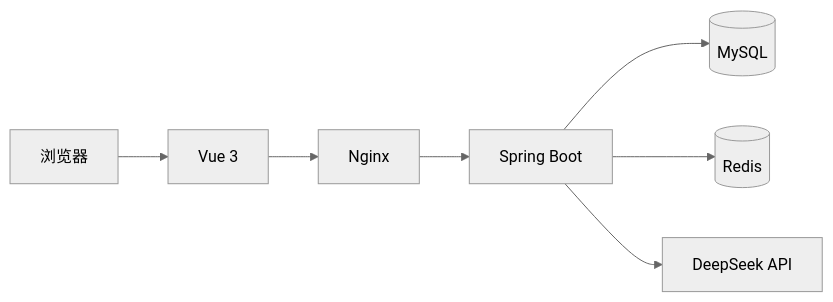
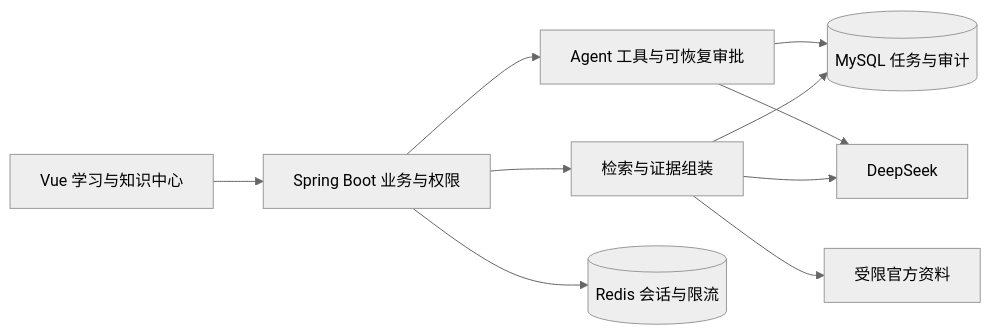
One commit to z1x2c3v4b5n6/AIStudyPlannerAgent changed the first of 3 diagrams in README.md. Above: the diagram before and after it, drawn with Mermaid (neutral theme). The commit also changed other lines of this file and 2 other files, not shown here.

Commit message:
docs(acceptance): align the architecture and RAG contract with current behavior

````diff
--- a/README.md
+++ b/README.md
@@ -48,9 +47,12 @@
 ```mermaid
 flowchart LR
-    U[浏览器] --> V[Vue 3]
-    V --> N[Nginx]
-    N --> B[Spring Boot]
-    B --> M[(MySQL)]
-    B --> R[(Redis)]
-    B --> D[DeepSeek API]
+    U[Vue 学习与知识中心] --> B[Spring Boot 业务与权限]
+    B --> A[Agent 工具与可恢复审批]
+    B --> K[检索与证据组装]
+    A --> M[(MySQL 任务与审计)]
+    K --> M
+    B --> R[(Redis 会话与限流)]
+    K --> W[受限官方资料]
+    A --> D[DeepSeek]
+    K --> D
 ```
````
